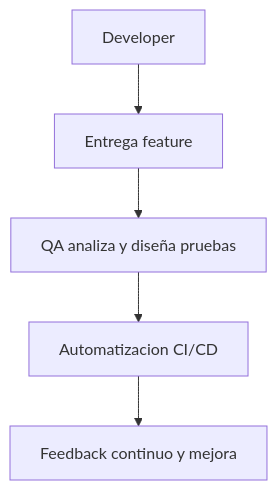
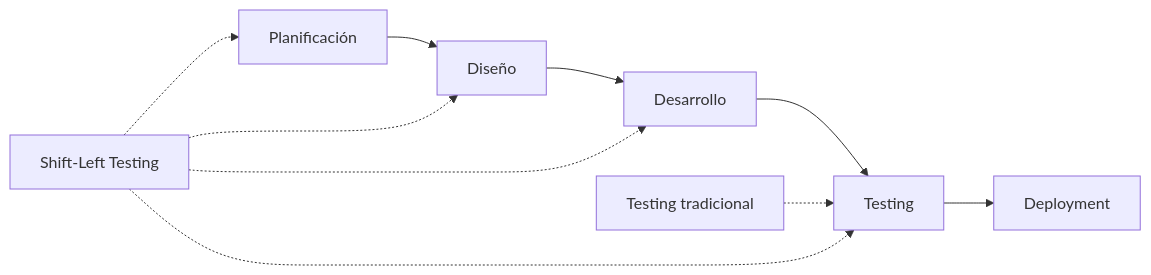
The sixth of 6 diagrams in parte1-pensar-como-qa/01-proposito-del-testing.md (joshuacba08/qa-engineering-book), drawn with Mermaid before and after one commit. The commit also changed other lines of this file and 1 other file, not shown here.

````diff
--- a/parte1-pensar-como-qa/01-proposito-del-testing.md
+++ b/parte1-pensar-como-qa/01-proposito-del-testing.md
@@ -231,7 +455,13 @@
 ```mermaid
-graph TD
-    A[Developer] --> B[Entrega feature]
-    B --> C[QA analiza y diseña pruebas]
-    C --> D[Automatizacion CI/CD]
-    D --> E[Feedback continuo y mejora]
+graph LR
+    A[Planificación] --> B[Diseño]
+    B --> C[Desarrollo]
+    C --> D[Testing]
+    D --> E[Deployment]
+
+    T1[Testing tradicional] -.-> D
+    T2[Shift-Left Testing] -.-> A
+    T2 -.-> B
+    T2 -.-> C
+    T2 -.-> D
 ```
````
